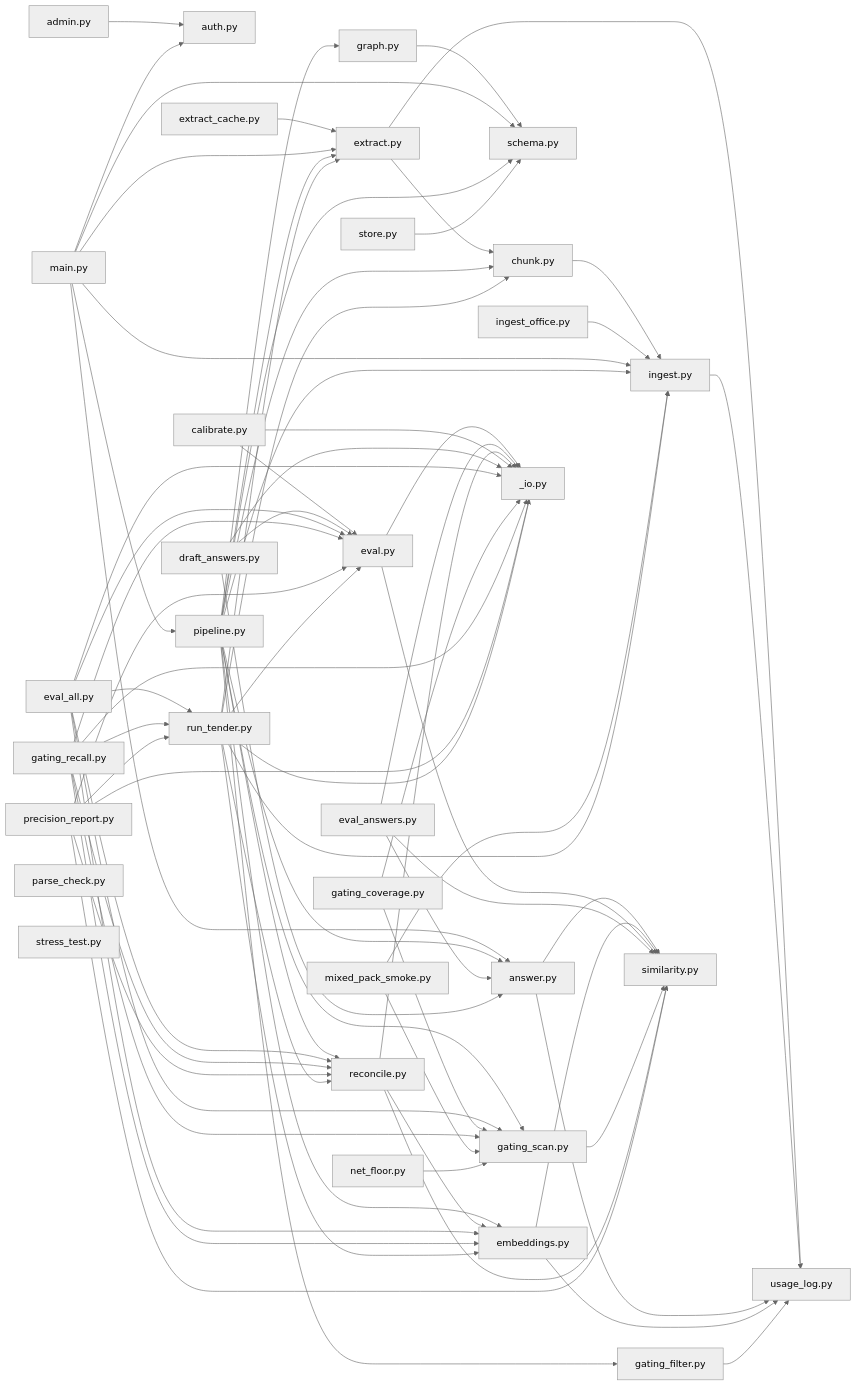
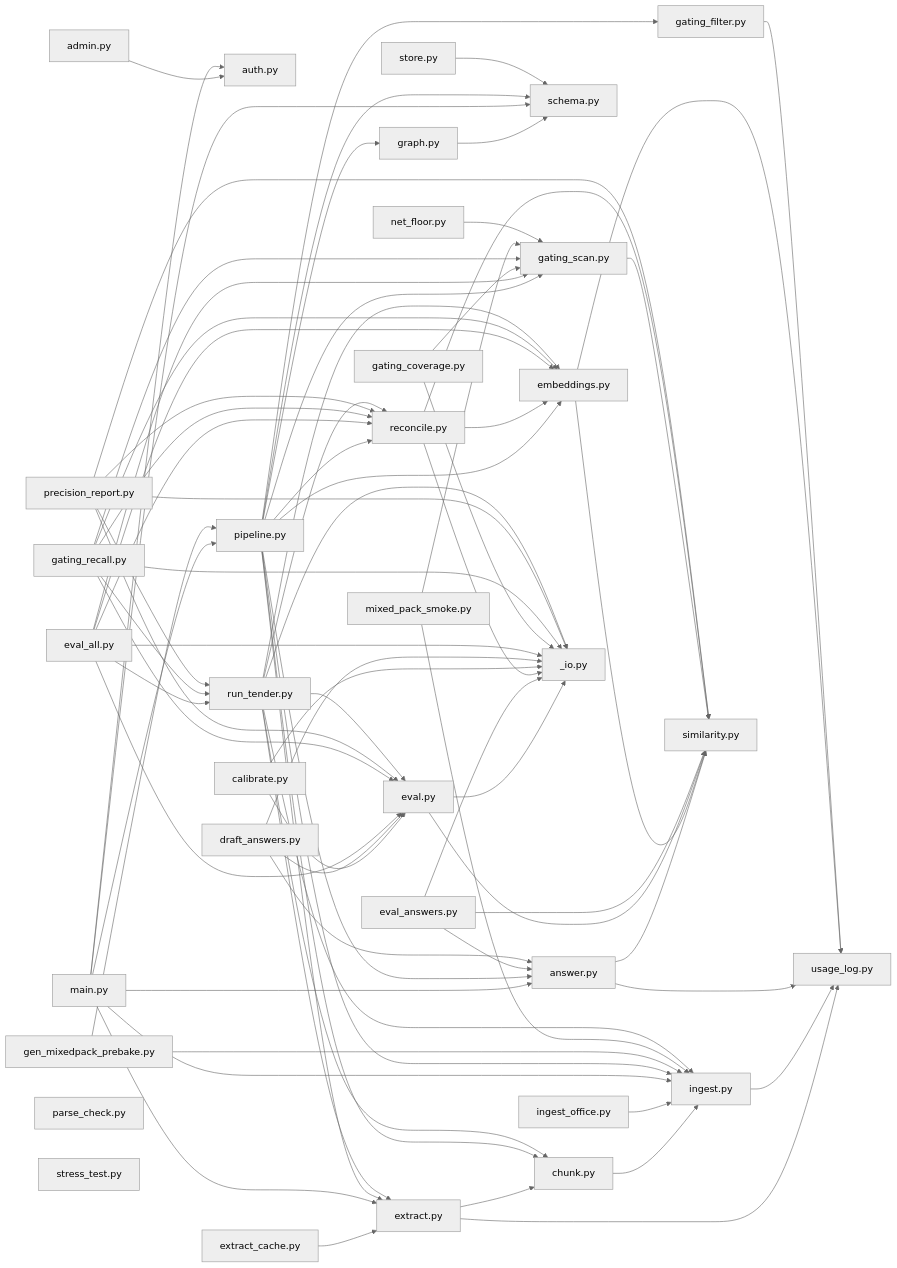
One commit to Welddevelopment/Tender_Breakdown_AI-Agent changed the third of 3 diagrams in CODEMAP.md. Above: the diagram before and after it, drawn with Mermaid (neutral theme). The commit also changed other lines of this file and 3 other files, not shown here.

Commit message:
Make mixed-pack sources visible in frontend

````diff
--- a/CODEMAP.md
+++ b/CODEMAP.md
@@ -350,78 +352,80 @@
 ```mermaid
 graph LR
   n0[admin.py] --> n1[auth.py]
   n2[chunk.py] --> n3[ingest.py]
   n4[extract.py] --> n2[chunk.py]
   n4[extract.py] --> n5[usage_log.py]
   n6[extract_cache.py] --> n4[extract.py]
   n7[graph.py] --> n8[schema.py]
   n3[ingest.py] --> n5[usage_log.py]
   n9[ingest_office.py] --> n3[ingest.py]
   n10[main.py] --> n1[auth.py]
   n10[main.py] --> n4[extract.py]
   n10[main.py] --> n3[ingest.py]
   n10[main.py] --> n11[pipeline.py]
   n10[main.py] --> n8[schema.py]
   n10[main.py] --> n12[answer.py]
   n11[pipeline.py] --> n2[chunk.py]
   n11[pipeline.py] --> n4[extract.py]
   n11[pipeline.py] --> n7[graph.py]
   n11[pipeline.py] --> n3[ingest.py]
   n11[pipeline.py] --> n8[schema.py]
   n11[pipeline.py] --> n12[answer.py]
   n11[pipeline.py] --> n13[embeddings.py]
   n11[pipeline.py] --> n14[gating_filter.py]
   n11[pipeline.py] --> n15[gating_scan.py]
   n11[pipeline.py] --> n16[reconcile.py]
   n17[store.py] --> n8[schema.py]
-  n12[answer.py] --> n18[similarity.py]
+  n18[gen_mixedpack_prebake.py] --> n3[ingest.py]
+  n18[gen_mixedpack_prebake.py] --> n11[pipeline.py]
+  n12[answer.py] --> n19[similarity.py]
   n12[answer.py] --> n5[usage_log.py]
-  n13[embeddings.py] --> n18[similarity.py]
+  n13[embeddings.py] --> n19[similarity.py]
   n13[embeddings.py] --> n5[usage_log.py]
-  n19[eval.py] --> n20[_io.py]
-  n19[eval.py] --> n18[similarity.py]
-  n21[eval_answers.py] --> n20[_io.py]
-  n21[eval_answers.py] --> n12[answer.py]
-  n21[eval_answers.py] --> n18[similarity.py]
+  n20[eval.py] --> n21[_io.py]
+  n20[eval.py] --> n19[similarity.py]
+  n22[eval_answers.py] --> n21[_io.py]
+  n22[eval_answers.py] --> n12[answer.py]
+  n22[eval_answers.py] --> n19[similarity.py]
   n14[gating_filter.py] --> n5[usage_log.py]
-  n15[gating_scan.py] --> n18[similarity.py]
-  n16[reconcile.py] --> n20[_io.py]
+  n15[gating_scan.py] --> n19[similarity.py]
+  n16[reconcile.py] --> n21[_io.py]
   n16[reconcile.py] --> n13[embeddings.py]
-  n16[reconcile.py] --> n18[similarity.py]
-  n22[calibrate.py] --> n20[_io.py]
-  n22[calibrate.py] --> n19[eval.py]
-  n23[draft_answers.py] --> n20[_io.py]
-  n23[draft_answers.py] --> n12[answer.py]
-  n23[draft_answers.py] --> n19[eval.py]
-  n24[eval_all.py] --> n20[_io.py]
-  n24[eval_all.py] --> n13[embeddings.py]
-  n24[eval_all.py] --> n19[eval.py]
-  n24[eval_all.py] --> n15[gating_scan.py]
-  n24[eval_all.py] --> n16[reconcile.py]
-  n24[eval_all.py] --> n25[run_tender.py]
-  n26[gating_coverage.py] --> n20[_io.py]
-  n26[gating_coverage.py] --> n15[gating_scan.py]
-  n27[gating_recall.py] --> n20[_io.py]
-  n27[gating_recall.py] --> n13[embeddings.py]
-  n27[gating_recall.py] --> n19[eval.py]
-  n27[gating_recall.py] --> n15[gating_scan.py]
-  n27[gating_recall.py] --> n16[reconcile.py]
-  n27[gating_recall.py] --> n25[run_tender.py]
-  n28[mixed_pack_smoke.py] --> n3[ingest.py]
-  n28[mixed_pack_smoke.py] --> n15[gating_scan.py]
-  n29[net_floor.py] --> n15[gating_scan.py]
-  n30[precision_report.py] --> n20[_io.py]
-  n30[precision_report.py] --> n19[eval.py]
-  n30[precision_report.py] --> n16[reconcile.py]
-  n30[precision_report.py] --> n25[run_tender.py]
-  n30[precision_report.py] --> n18[similarity.py]
-  n25[run_tender.py] --> n2[chunk.py]
-  n25[run_tender.py] --> n4[extract.py]
-  n25[run_tender.py] --> n3[ingest.py]
-  n25[run_tender.py] --> n20[_io.py]
-  n25[run_tender.py] --> n13[embeddings.py]
-  n25[run_tender.py] --> n19[eval.py]
-  n25[run_tender.py] --> n16[reconcile.py]
-  n31[parse_check.py]
-  n32[stress_test.py]
+  n16[reconcile.py] --> n19[similarity.py]
+  n23[calibrate.py] --> n21[_io.py]
+  n23[calibrate.py] --> n20[eval.py]
+  n24[draft_answers.py] --> n21[_io.py]
+  n24[draft_answers.py] --> n12[answer.py]
+  n24[draft_answers.py] --> n20[eval.py]
+  n25[eval_all.py] --> n21[_io.py]
+  n25[eval_all.py] --> n13[embeddings.py]
+  n25[eval_all.py] --> n20[eval.py]
+  n25[eval_all.py] --> n15[gating_scan.py]
+  n25[eval_all.py] --> n16[reconcile.py]
+  n25[eval_all.py] --> n26[run_tender.py]
+  n27[gating_coverage.py] --> n21[_io.py]
+  n27[gating_coverage.py] --> n15[gating_scan.py]
+  n28[gating_recall.py] --> n21[_io.py]
+  n28[gating_recall.py] --> n13[embeddings.py]
+  n28[gating_recall.py] --> n20[eval.py]
+  n28[gating_recall.py] --> n15[gating_scan.py]
+  n28[gating_recall.py] --> n16[reconcile.py]
+  n28[gating_recall.py] --> n26[run_tender.py]
+  n29[mixed_pack_smoke.py] --> n3[ingest.py]
+  n29[mixed_pack_smoke.py] --> n15[gating_scan.py]
+  n30[net_floor.py] --> n15[gating_scan.py]
+  n31[precision_report.py] --> n21[_io.py]
+  n31[precision_report.py] --> n20[eval.py]
+  n31[precision_report.py] --> n16[reconcile.py]
+  n31[precision_report.py] --> n26[run_tender.py]
+  n31[precision_report.py] --> n19[similarity.py]
+  n26[run_tender.py] --> n2[chunk.py]
+  n26[run_tender.py] --> n4[extract.py]
+  n26[run_tender.py] --> n3[ingest.py]
+  n26[run_tender.py] --> n21[_io.py]
+  n26[run_tender.py] --> n13[embeddings.py]
+  n26[run_tender.py] --> n20[eval.py]
+  n26[run_tender.py] --> n16[reconcile.py]
+  n32[parse_check.py]
+  n33[stress_test.py]
 ```
````
